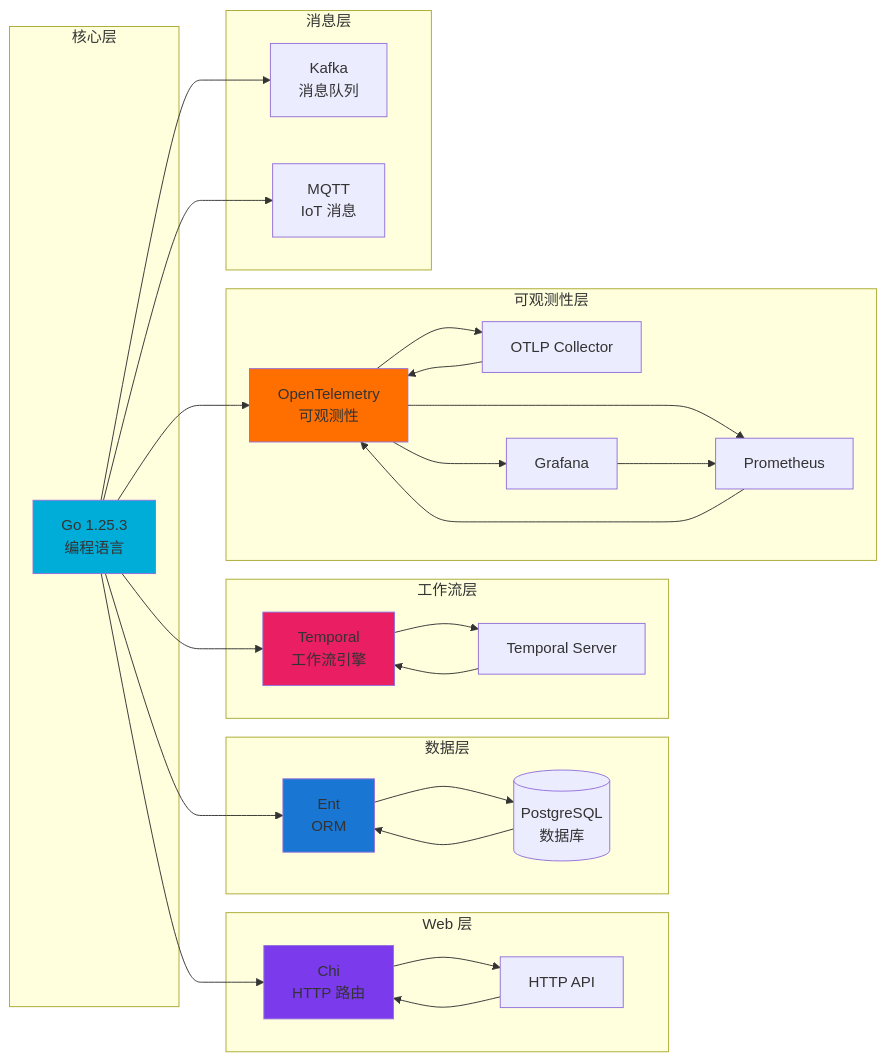
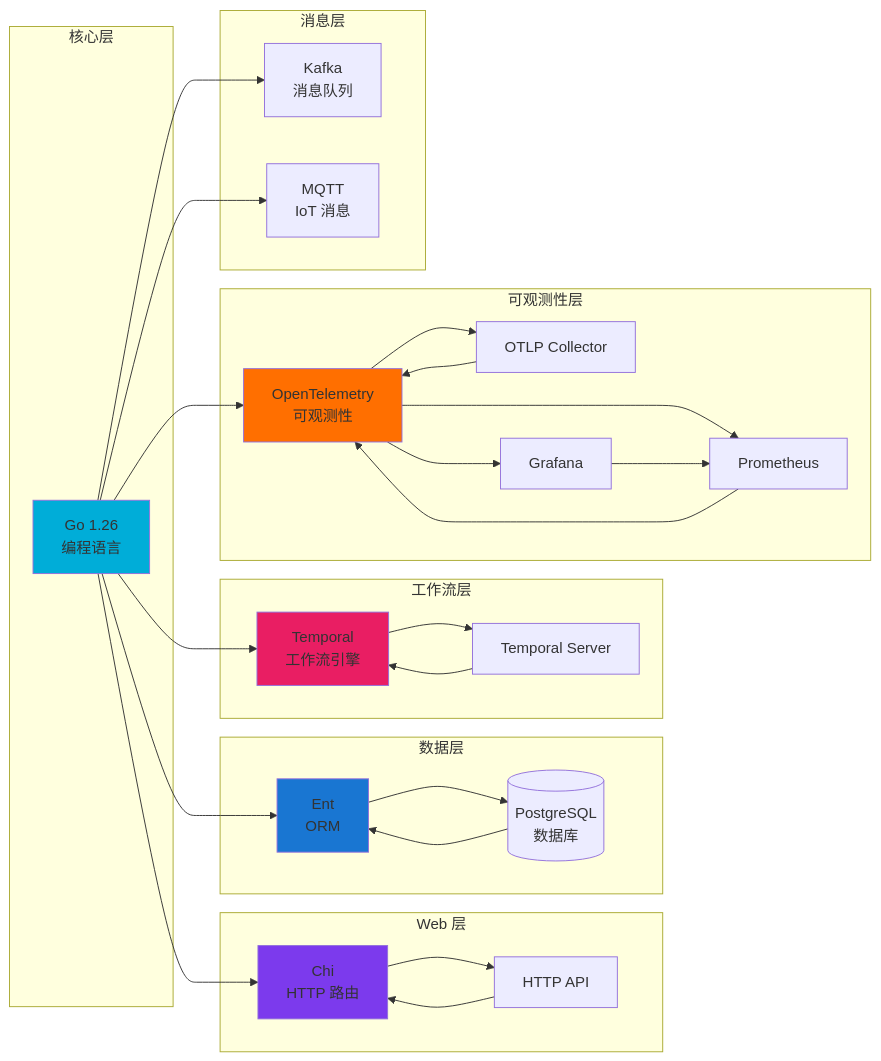
Before and after one commit to AdaMartin18010/golang: the tenth of 13 diagrams in docs/architecture/00-知识图谱.md, drawn with Mermaid. The commit also changed other lines of this file and 523 other files, not shown here.

````diff
--- a/docs/architecture/00-知识图谱.md
+++ b/docs/architecture/00-知识图谱.md
@@ -700,53 +700,53 @@
 ```mermaid
 graph LR
     subgraph "核心层"
-        Go[Go 1.25.3<br/>编程语言]
+        Go[Go 1.26<br/>编程语言]
     end
 
     subgraph "Web 层"
         Chi[Chi<br/>HTTP 路由]
         Chi --> HTTP[HTTP API]
     end
 
     subgraph "数据层"
         Ent[Ent<br/>ORM]
         Ent --> PG[(PostgreSQL<br/>数据库)]
     end
 
     subgraph "工作流层"
         Temporal[Temporal<br/>工作流引擎]
         Temporal --> TS[Temporal Server]
     end
 
     subgraph "可观测性层"
         OTLP[OpenTelemetry<br/>可观测性]
         OTLP --> OC[OTLP Collector]
         OTLP --> Prom[Prometheus]
         OTLP --> Graf[Grafana]
     end
 
     subgraph "消息层"
         Kafka[Kafka<br/>消息队列]
         MQTT[MQTT<br/>IoT 消息]
     end
 
     Go --> Chi
     Go --> Ent
     Go --> Temporal
     Go --> OTLP
     Go --> Kafka
     Go --> MQTT
 
     HTTP --> Chi
     PG --> Ent
     TS --> Temporal
     OC --> OTLP
     Prom --> OTLP
     Graf --> Prom
 
     style Go fill:#00add8
     style Chi fill:#7c3aed
     style Ent fill:#1976d2
     style Temporal fill:#e91e63
     style OTLP fill:#ff6f00
 ```
````
